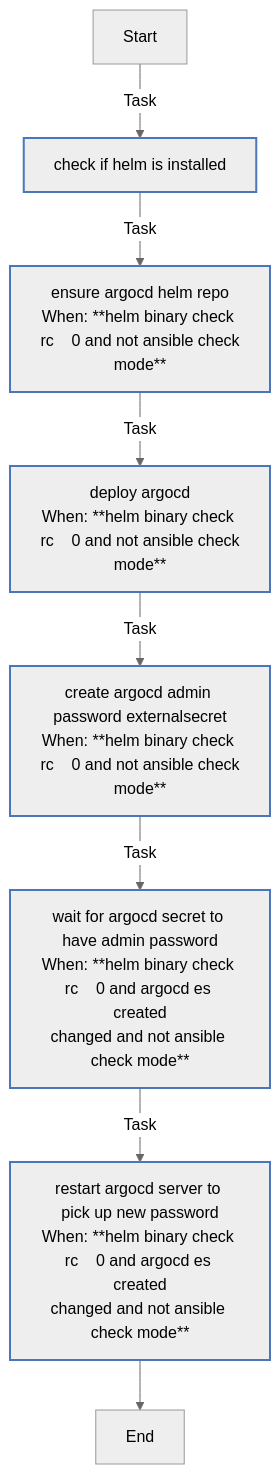
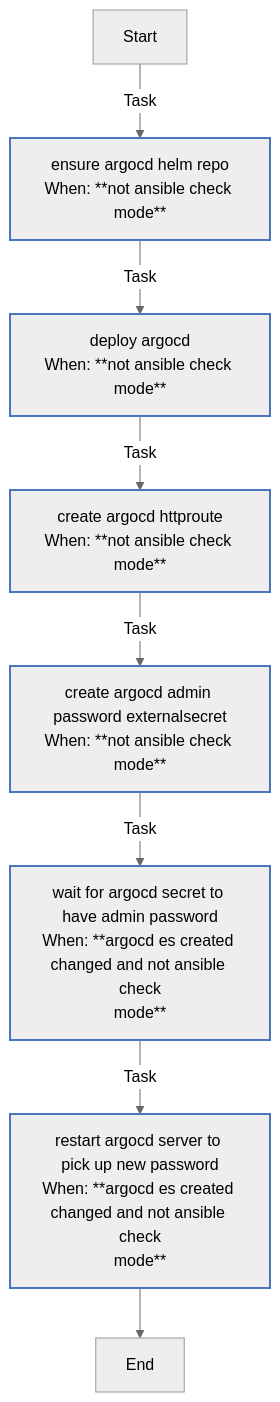
The diagram in roles/argocd/README.md (rou-cru/k3s-homelab), drawn with Mermaid (neutral theme) before and after one commit. The commit also changed other lines of this file and 23 other files, not shown here.

````diff
--- a/roles/argocd/README.md
+++ b/roles/argocd/README.md
@@ -130,20 +130,20 @@
 ```mermaid
 flowchart TD
 Start
 classDef block stroke:#3498db,stroke-width:2px;
 classDef task stroke:#4b76bb,stroke-width:2px;
 classDef includeTasks stroke:#16a085,stroke-width:2px;
 classDef importTasks stroke:#34495e,stroke-width:2px;
 classDef includeRole stroke:#2980b9,stroke-width:2px;
 classDef importRole stroke:#699ba7,stroke-width:2px;
 classDef includeVars stroke:#8e44ad,stroke-width:2px;
 classDef rescue stroke:#665352,stroke-width:2px;
 
-  Start-->|Task| Check_if_Helm_is_installed0[check if helm is installed]:::task
-  Check_if_Helm_is_installed0-->|Task| Ensure_ArgoCD_Helm_repo1[ensure argocd helm repo<br>When: **helm binary check rc    0 and not ansible check<br>mode**]:::task
-  Ensure_ArgoCD_Helm_repo1-->|Task| Deploy_ArgoCD2[deploy argocd<br>When: **helm binary check rc    0 and not ansible check<br>mode**]:::task
-  Deploy_ArgoCD2-->|Task| Create_ArgoCD_Admin_Password_ExternalSecret3[create argocd admin password externalsecret<br>When: **helm binary check rc    0 and not ansible check<br>mode**]:::task
-  Create_ArgoCD_Admin_Password_ExternalSecret3-->|Task| Wait_for_argocd_secret_to_have_admin_password4[wait for argocd secret to have admin password<br>When: **helm binary check rc    0 and argocd es created<br>changed and not ansible check mode**]:::task
-  Wait_for_argocd_secret_to_have_admin_password4-->|Task| Restart_ArgoCD_Server_to_pick_up_new_password5[restart argocd server to pick up new password<br>When: **helm binary check rc    0 and argocd es created<br>changed and not ansible check mode**]:::task
+  Start-->|Task| Ensure_ArgoCD_Helm_repo0[ensure argocd helm repo<br>When: **not ansible check mode**]:::task
+  Ensure_ArgoCD_Helm_repo0-->|Task| Deploy_ArgoCD1[deploy argocd<br>When: **not ansible check mode**]:::task
+  Deploy_ArgoCD1-->|Task| Create_ArgoCD_HTTPRoute2[create argocd httproute<br>When: **not ansible check mode**]:::task
+  Create_ArgoCD_HTTPRoute2-->|Task| Create_ArgoCD_Admin_Password_ExternalSecret3[create argocd admin password externalsecret<br>When: **not ansible check mode**]:::task
+  Create_ArgoCD_Admin_Password_ExternalSecret3-->|Task| Wait_for_argocd_secret_to_have_admin_password4[wait for argocd secret to have admin password<br>When: **argocd es created changed and not ansible check<br>mode**]:::task
+  Wait_for_argocd_secret_to_have_admin_password4-->|Task| Restart_ArgoCD_Server_to_pick_up_new_password5[restart argocd server to pick up new password<br>When: **argocd es created changed and not ansible check<br>mode**]:::task
   Restart_ArgoCD_Server_to_pick_up_new_password5-->End
 ```
````
